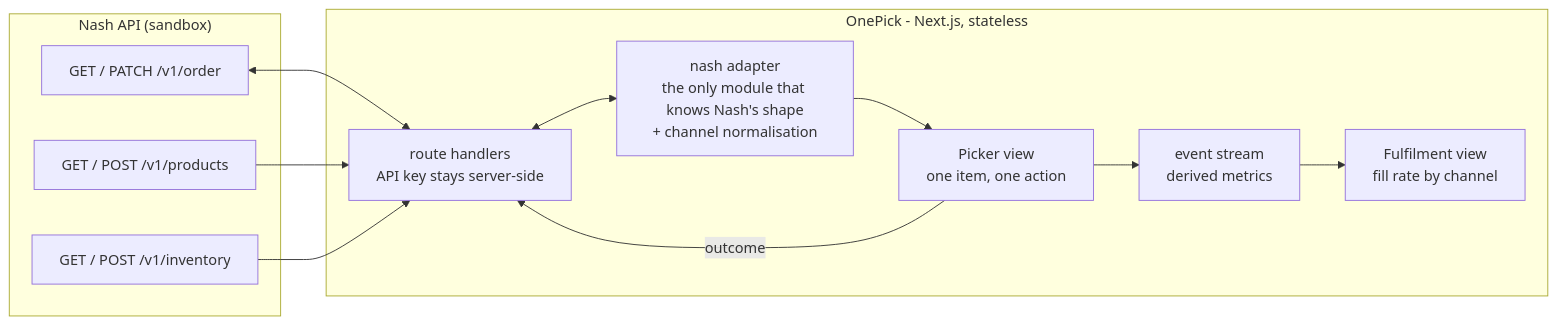
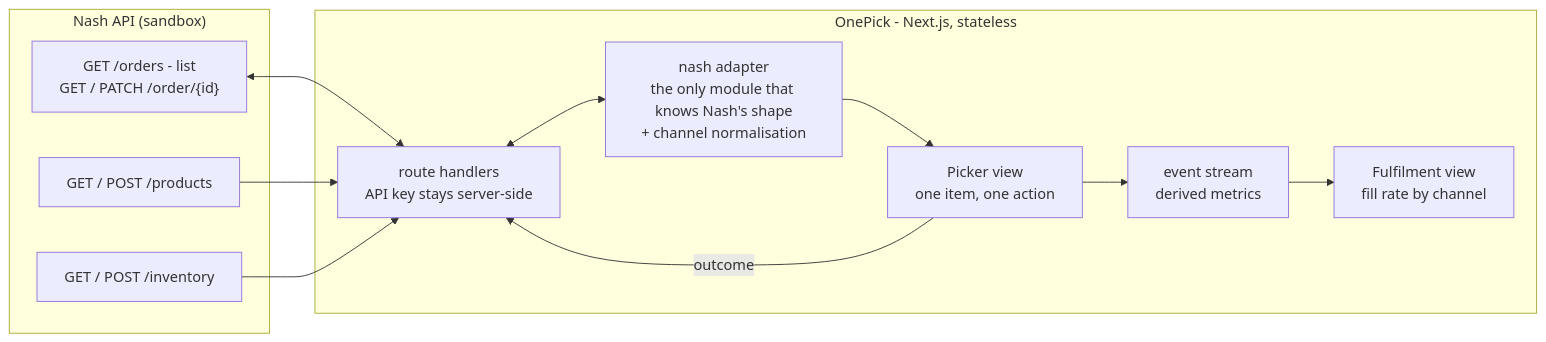
The diagram in docs/ARCHITECTURE.md (shawn-dsz/nash-picker), drawn with Mermaid before and after one commit. The commit also changed other lines of this file and 1 other file, not shown here.

````diff
--- a/docs/ARCHITECTURE.md
+++ b/docs/ARCHITECTURE.md
@@ -13,24 +13,24 @@
 ```mermaid
 flowchart LR
   subgraph nash["Nash API (sandbox)"]
-    orders["GET / PATCH /v1/order"]
-    prod["GET / POST /v1/products"]
-    inv["GET / POST /v1/inventory"]
+    orders["GET /orders - list<br/>GET / PATCH /order/{id}"]
+    prod["GET / POST /products"]
+    inv["GET / POST /inventory"]
   end
 
   subgraph app["OnePick - Next.js, stateless"]
     route["route handlers<br/>API key stays server-side"]
     adapter["nash adapter<br/>the only module that knows Nash's shape<br/>+ channel normalisation"]
     picker["Picker view<br/>one item, one action"]
     ops["Fulfilment view<br/>fill rate by channel"]
     events["event stream<br/>derived metrics"]
   end
 
   orders <--> route
   prod --> route
   inv --> route
   route <--> adapter
   adapter --> picker
   picker -- "outcome" --> route
   picker --> events --> ops
 ```
````
